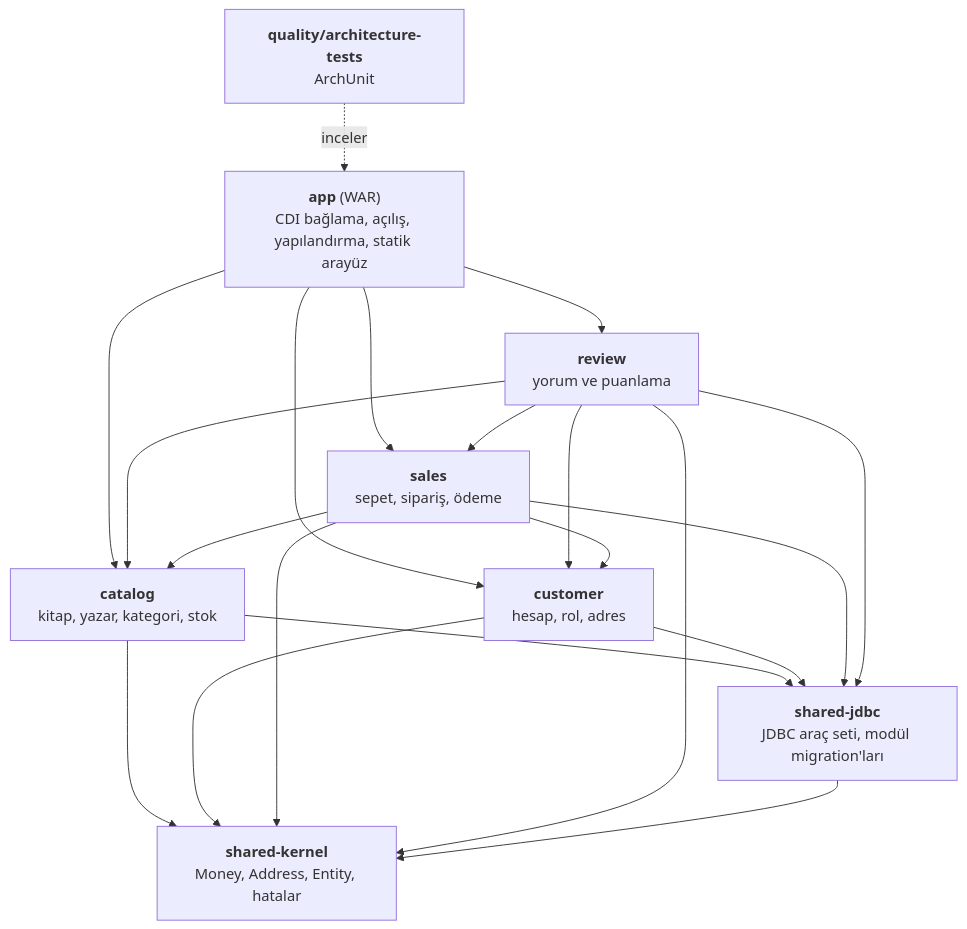
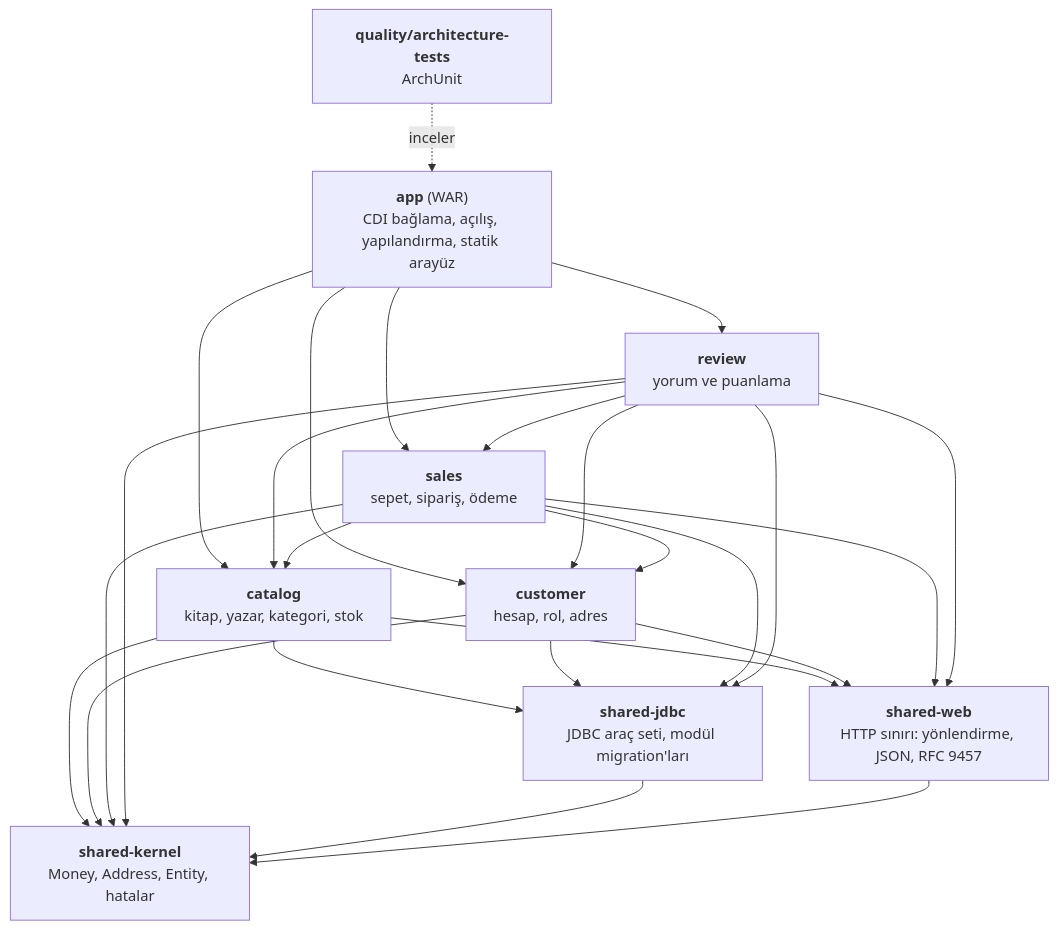
Before and after one commit to omerberatt/book-store: the first of 3 diagrams in docs/ARCHITECTURE.md, drawn with Mermaid. The commit also changed other lines of this file and 29 other files, not shown here.

First line of the commit message:
Add the shared-web module for the hand-written HTTP boundary (phase 5.1)

````diff
--- a/docs/ARCHITECTURE.md
+++ b/docs/ARCHITECTURE.md
@@ -29,31 +29,37 @@
 ```mermaid
 graph TD
     app["<b>app</b> (WAR)<br/>CDI bağlama, açılış, yapılandırma, statik arayüz"]
     review["<b>review</b><br/>yorum ve puanlama"]
     sales["<b>sales</b><br/>sepet, sipariş, ödeme"]
     catalog["<b>catalog</b><br/>kitap, yazar, kategori, stok"]
     customer["<b>customer</b><br/>hesap, rol, adres"]
     kernel["<b>shared-kernel</b><br/>Money, Address, Entity, hatalar"]
     jdbc["<b>shared-jdbc</b><br/>JDBC araç seti, modül migration'ları"]
+    web["<b>shared-web</b><br/>HTTP sınırı: yönlendirme, JSON, RFC 9457"]
     arch["<b>quality/architecture-tests</b><br/>ArchUnit"]
 
     app --> review
     app --> sales
     app --> catalog
     app --> customer
     review --> sales
     review --> catalog
     review --> customer
     sales --> catalog
     sales --> customer
     catalog --> kernel
     customer --> kernel
     sales --> kernel
     review --> kernel
     catalog --> jdbc
     customer --> jdbc
     sales --> jdbc
     review --> jdbc
     jdbc --> kernel
+    catalog --> web
+    customer --> web
+    sales --> web
+    review --> web
+    web --> kernel
     arch -. inceler .-> app
 ```
````
